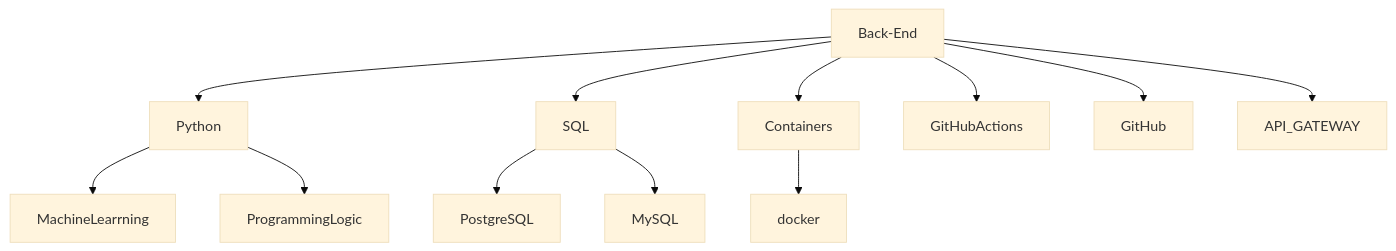
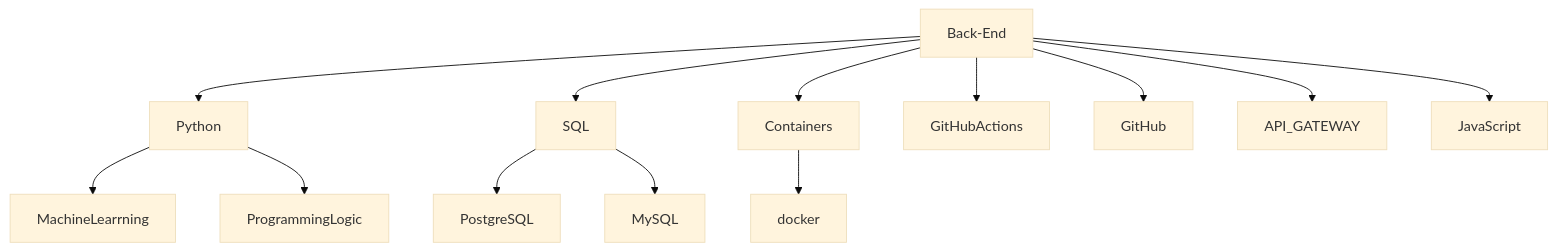
The second of 2 diagrams in README.md (RafaelDevProjects/RafaelDevProjects), drawn with Mermaid (base theme) before and after one commit.

````diff
--- a/README.md
+++ b/README.md
@@ -36,14 +36,15 @@
 ```mermaid
 graph TD;
     Back-End-->Python;
     Back-End-->SQL;
     Back-End-->Containers;
     Back-End-->GitHubActions;
     Back-End-->GitHub;
     Back-End-->API_GATEWAY;
+    Back-End-->JavaScript
     Containers-->docker;
     SQL-->PostgreSQL;
     SQL-->MySQL;
     Python-->MachineLearrning;
     Python--> ProgrammingLogic;
 ```
````
